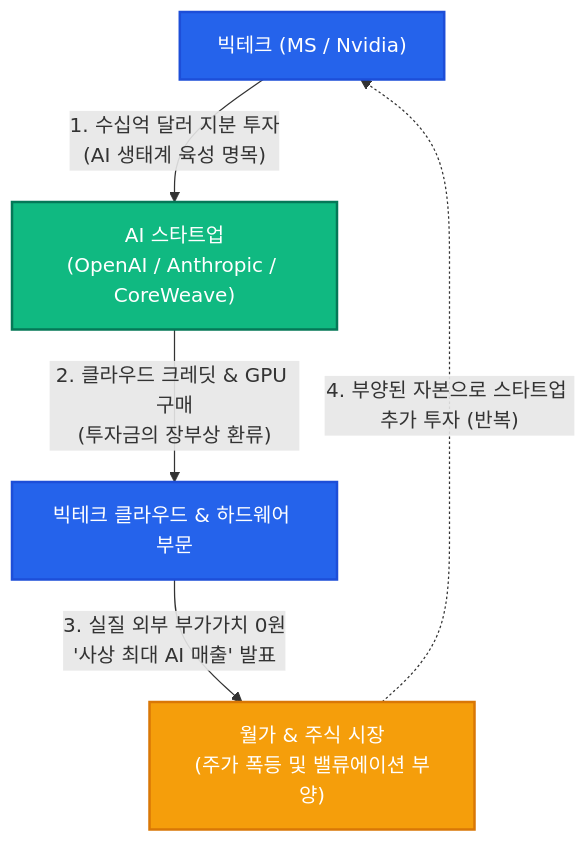
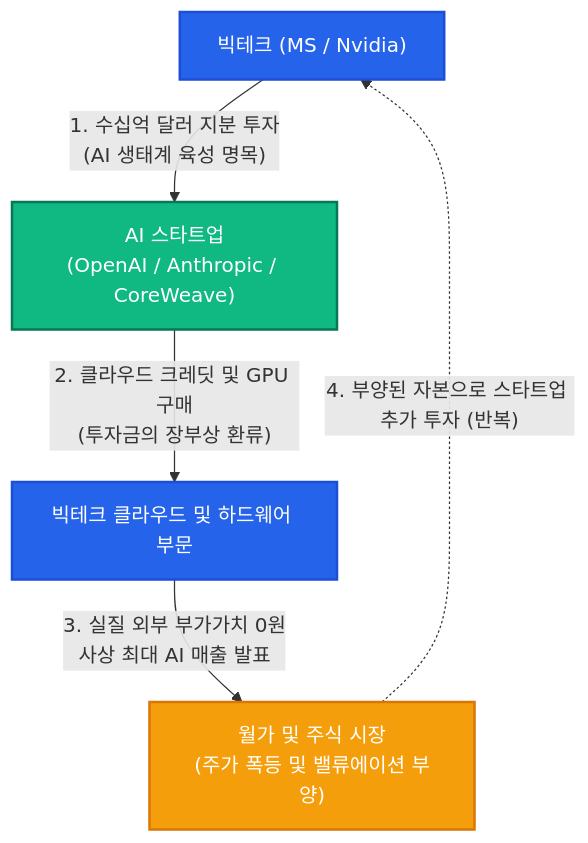
One commit to fritzprix/fritzprix.github.io changed the first of 2 diagrams in posts/2026-09-13-ai-investment-bubble-structure.md. Above: the diagram before and after it, drawn with Mermaid. The commit also changed 7 other files, not shown here.

Commit message:
fix(mermaid): 다이어그램 순차 렌더링 큐 도입 및 빌드 시 사전 검증(mermaid.parse) 강화

````diff
--- a/posts/2026-09-13-ai-investment-bubble-structure.md
+++ b/posts/2026-09-13-ai-investment-bubble-structure.md
@@ -33,12 +33,12 @@
 ```mermaid
 flowchart TD
     A["빅테크 (MS / Nvidia)"] -->|"1. 수십억 달러 지분 투자<br/>(AI 생태계 육성 명목)"| B["AI 스타트업<br/>(OpenAI / Anthropic / CoreWeave)"]
-    B -->|"2. 클라우드 크레딧 & GPU 구매<br/>(투자금의 장부상 환류)"| C["빅테크 클라우드 & 하드웨어 부문"]
-    C -->|"3. 실질 외부 부가가치 0원<br/>'사상 최대 AI 매출' 발표"| D["월가 & 주식 시장<br/>(주가 폭등 및 밸류에이션 부양)"]
+    B -->|"2. 클라우드 크레딧 및 GPU 구매<br/>(투자금의 장부상 환류)"| C["빅테크 클라우드 및 하드웨어 부문"]
+    C -->|"3. 실질 외부 부가가치 0원<br/>사상 최대 AI 매출 발표"| D["월가 및 주식 시장<br/>(주가 폭등 및 밸류에이션 부양)"]
     D -.->|"4. 부양된 자본으로 스타트업 추가 투자 (반복)"| A
 
     style A fill:#2563eb,stroke:#1d4ed8,stroke-width:2px,color:#fff
     style B fill:#10b981,stroke:#047857,stroke-width:2px,color:#fff
     style C fill:#2563eb,stroke:#1d4ed8,stroke-width:2px,color:#fff
     style D fill:#f59e0b,stroke:#d97706,stroke-width:2px,color:#fff
 ```
````
